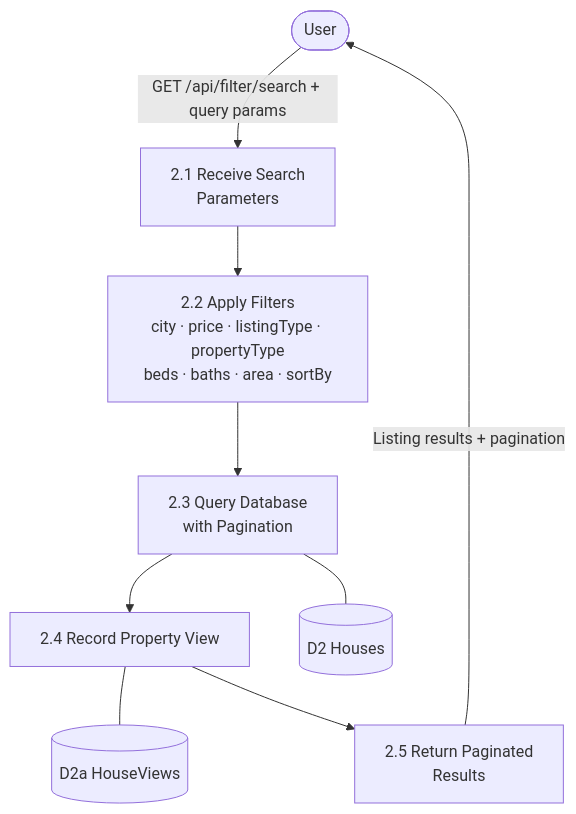
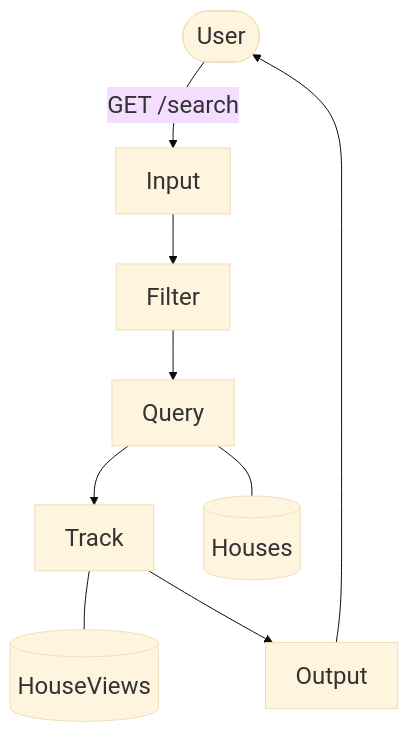
One commit to jim2107054/Housely changed the fourth of 16 diagrams in housely_mermaid_diagrams.md. Above: the diagram before and after it, drawn with Mermaid. The commit also changed other lines of this file and 4 other files, not shown here.

````diff
--- a/housely_mermaid_diagrams.md
+++ b/housely_mermaid_diagrams.md
@@ -140,22 +123,20 @@
 ```mermaid
+%%{init: {"theme":"base","themeVariables":{"fontFamily":"Times New Roman","fontSize":"24px"}}}%%
 graph TD
-    UA(["User"])
+    U(["User"])
+    S1["Input"]
+    S2["Filter"]
+    S3["Query"]
+    S4["Track"]
+    S5["Output"]
+    H[("Houses")]
+    V[("HouseViews")]
 
-    P2_1["2.1 Receive Search\nParameters"]
-    P2_2["2.2 Apply Filters\ncity · price · listingType · propertyType\nbeds · baths · area · sortBy"]
-    P2_3["2.3 Query Database\nwith Pagination"]
-    P2_4["2.4 Record Property View"]
-    P2_5["2.5 Return Paginated\nResults"]
-
-    DS_HOUSE[("D2 Houses")]
-    DS_VIEW[("D2a HouseViews")]
-
-    UA       -->|"GET /api/filter/search + query params"| P2_1
-    P2_1     --> P2_2
-    P2_2     --> P2_3
-    P2_3     --- DS_HOUSE
-    P2_3     --> P2_4
-    P2_4     --- DS_VIEW
-    P2_4     --> P2_5
-    P2_5     -->|"Listing results + pagination"| UA
+    U -->|GET /search| S1
+    S1 --> S2 --> S3
+    S3 --- H
+    S3 --> S4
+    S4 --- V
+    S4 --> S5
+    S5 --> U
 ```
````
